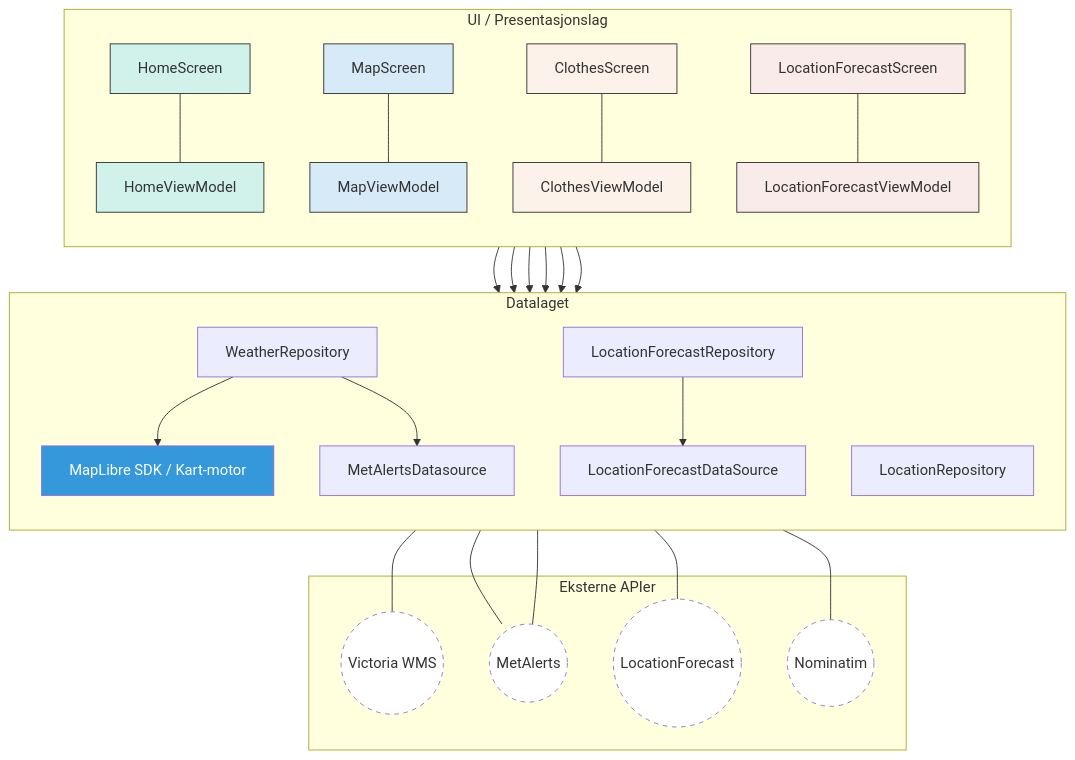
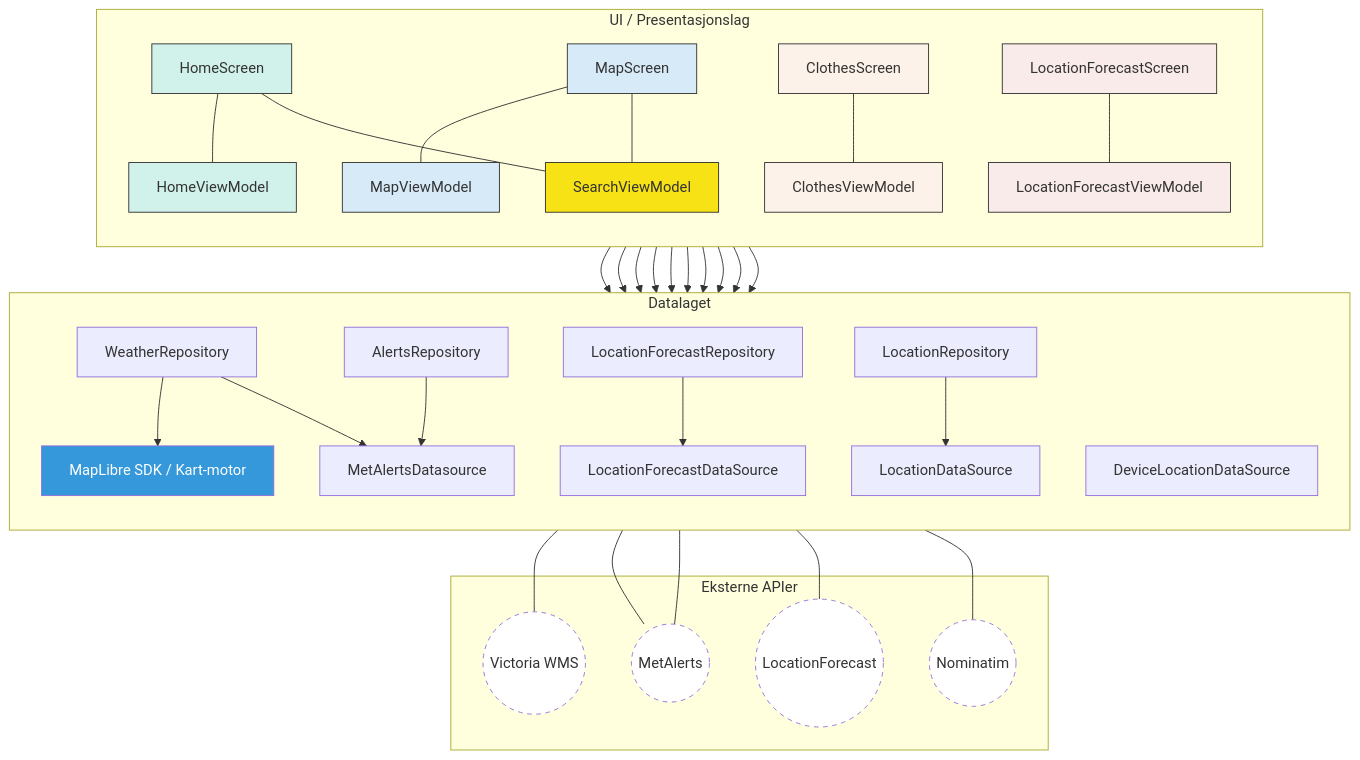
The first of 4 diagrams in MODELING.md (karolineogard/tskjortevaer-app), drawn with Mermaid before and after one commit.

Commit message:
oppdaterere arkitekturskissen i MODELING.md

````diff
--- a/MODELING.md
+++ b/MODELING.md
@@ -4,61 +4,77 @@
 ```mermaid
 ---
 config:
   layout: fixed
 ---
 flowchart TB
  subgraph UI_Layer["UI / Presentasjonslag"]
     direction TB
         HS["HomeScreen"]
         MS["MapScreen"]
         CS["ClothesScreen"]
         LFS["LocationForecastScreen"]
         HVM["HomeViewModel"]
         MVM["MapViewModel"]
         CVM["ClothesViewModel"]
         LFVM["LocationForecastViewModel"]
+        SVM["SearchViewModel"]
+
+        
   end
  subgraph Data_Layer["Datalaget"]
     direction TB
         LFR["LocationForecastRepository"]
         WR["WeatherRepository"]
         LR["LocationRepository"]
         LFDS["LocationForecastDataSource"]
         MADS["MetAlertsDatasource"]
         MLSDK["MapLibre SDK / Kart-motor"]
+        DLDS["DeviceLocationDataSource"]
+        AR["AlertsRepository"]
+        LDS["LocationDataSource"]
   end
  subgraph External["Eksterne APIer"]
         MET(("Victoria WMS"))
         Alert(("MetAlerts"))
         Location(("LocationForecast"))
         GEO(("Nominatim"))
   end
     HS --- HVM
     MS --- MVM
     CS --- CVM
     LFS --- LFVM
     HVM --> LFR & LR & WR
     MVM --> WR
     WR --> MLSDK & MADS
     CVM --> LFR
     LFVM --> LFR
     LFR --> LFDS
     LFDS --- Location
     MADS --- Alert
     MLSDK --- MET & Alert
-    LR --- GEO
+    LR --> LDS
+    LDS --- GEO
+    MS --- SVM
+    HS --- SVM
+    SVM --> LFR
+    HVM --> DLDS
+    AR --> MADS
+    HVM --> AR
+    MVM --> AR
+    
 
     style HS fill:#d1f2eb,stroke:#333
     style MS fill:#d6eaf8,stroke:#333
     style CS fill:#fdf2e9,stroke:#333
     style LFS fill:#f9ebea,stroke:#333
     style HVM fill:#d1f2eb,stroke:#333
     style MVM fill:#d6eaf8,stroke:#333
     style CVM fill:#fdf2e9,stroke:#333
     style LFVM fill:#f9ebea,stroke:#333
+    style SVM fill:#F6E215,stroke:#333
     style MLSDK fill:#3498db,color:#fff
     style MET fill:#fff,stroke-dasharray: 5 5
     style Alert fill:#fff,stroke-dasharray: 5 5
     style Location fill:#fff,stroke-dasharray: 5 5
     style GEO fill:#fff,stroke-dasharray: 5 5
 ```
````
